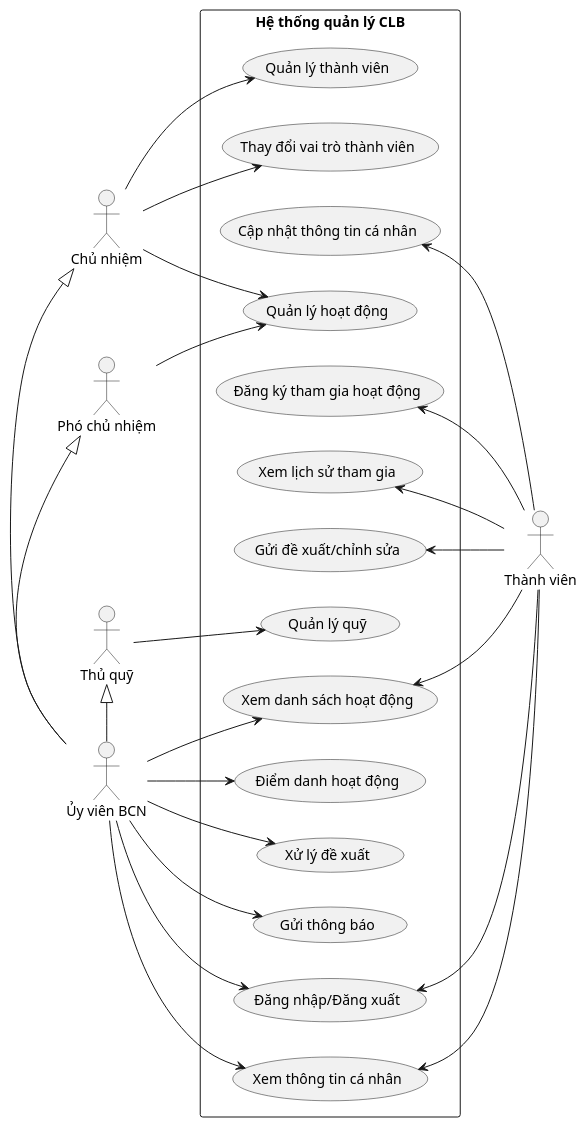
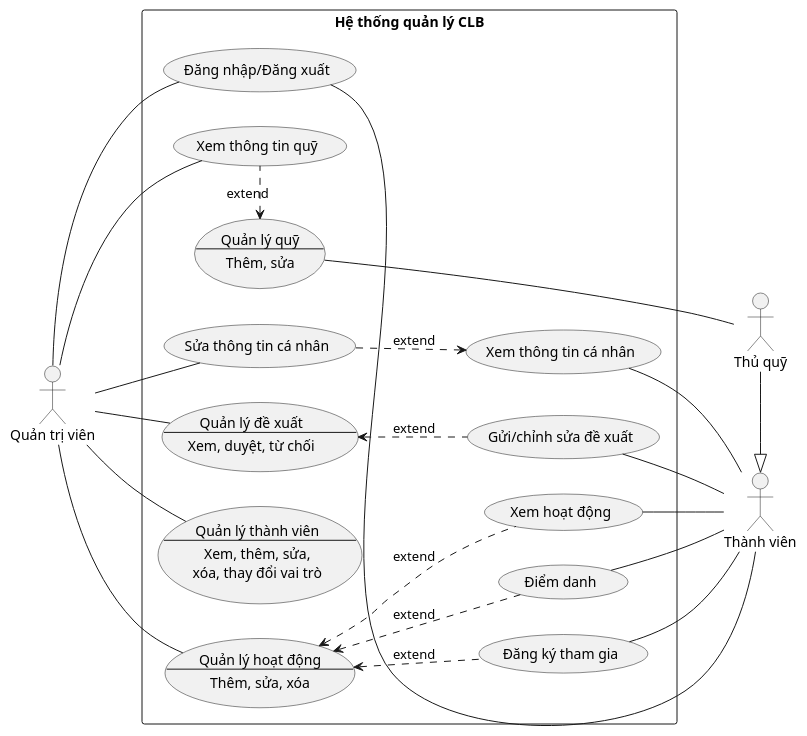
The diagram in d-usecase.plantuml (ThanhdatOris/BookClub_MS), drawn with PlantUML before and after one commit. The commit also changed 31 other files, not shown here.

```diff
--- a/d-usecase.plantuml
+++ b/d-usecase.plantuml
@@ -1,55 +1,60 @@
 @startuml
 left to right direction
 skinparam packageStyle rectangle
 
 actor "Thành viên" as Member
-actor "Ủy viên BCN" as UVBCN
-actor "Chủ nhiệm" as CN
-actor "Phó chủ nhiệm" as PCN
+actor "Quản trị viên" as BCN
+actor "Thủ quỹ" as Treasurer
+Treasurer -|> Member
 
 rectangle "Hệ thống quản lý CLB" {
     usecase "Đăng nhập/Đăng xuất" as UC1
     usecase "Xem thông tin cá nhân" as UC2
-    usecase "Cập nhật thông tin cá nhân" as UC3
-    usecase "Xem danh sách hoạt động" as UC4
-    usecase "Đăng ký tham gia hoạt động" as UC5
-    usecase "Xem lịch sử tham gia" as UC6
-    usecase "Gửi đề xuất/chỉnh sửa" as UC7
-    usecase "Điểm danh hoạt động" as UC8
-    usecase "Xử lý đề xuất" as UC9
-    usecase "Gửi thông báo" as UC10
-    usecase "Quản lý thành viên" as UC11
-    usecase "Thay đổi vai trò thành viên" as UC12
-    usecase "Quản lý hoạt động" as UC13
-    usecase "Quản lý quỹ" as UC14
+    usecase "Sửa thông tin cá nhân" as UC3
+    usecase "Đăng ký tham gia" as UC4
+    usecase "Xem hoạt động" as UC5
+    usecase "Điểm danh" as UC6
+    usecase "Gửi/chỉnh sửa đề xuất" as UC7
+    usecase UC8 as "Quản lý đề xuất
+    --
+    Xem, duyệt, từ chối"
+    
+    usecase UC9 as "Quản lý thành viên
+    --
+    Xem, thêm, sửa,
+    xóa, thay đổi vai trò"
+
+    usecase UC11 as "Quản lý hoạt động
+    --
+    Thêm, sửa, xóa"
+
+    usecase UC12 as "Quản lý quỹ
+    --
+    Thêm, sửa"
+
+
+    usecase "Xem thông tin quỹ" as UC13
 }
 
-UC1 <-- Member
-UC2 <-- Member
-UC3 <-- Member
-UC4 <-- Member
-UC5 <-- Member
-UC6 <-- Member
-UC7 <-- Member
+BCN -- UC1
+BCN -- UC3
+BCN -- UC8
+BCN -- UC9
+BCN -- UC11
+BCN -- UC13
 
-UVBCN --> UC1
-UVBCN --> UC2
-UVBCN --> UC4
-UVBCN --> UC8
-UVBCN --> UC9
-UVBCN --> UC10
+Member - UC1
+UC2 -- Member
+UC4 -- Member
+UC5 -- Member
+UC6 -- Member
+UC7 -- Member
 
-CN <|- UVBCN
-PCN <|- UVBCN
-
-CN --> UC11
-CN --> UC12
-CN --> UC13
-
-PCN --> UC13
-
-actor "Thủ quỹ" as Treasurer
-Treasurer <|- UVBCN
-Treasurer --> UC14
-
+UC12 -- Treasurer
+UC3 ..> UC2 : extend
+UC8 <.. UC7 : extend
+UC11 <.. UC4 : extend
+UC11 <.. UC5 : extend
+UC11 <.. UC6 : extend
+UC12 <. UC13 : extend
 @enduml
```
